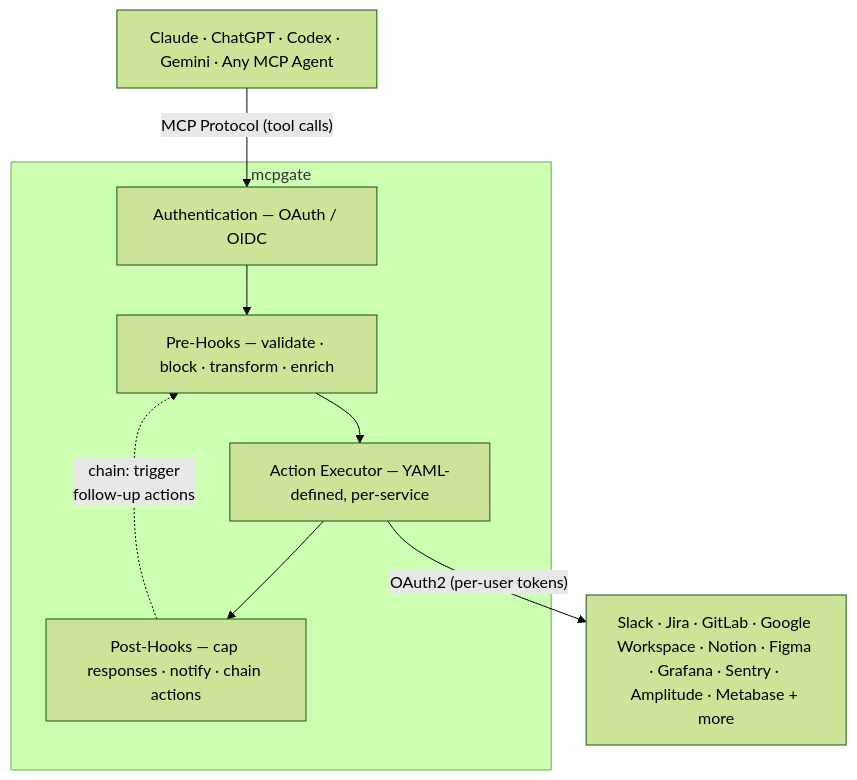
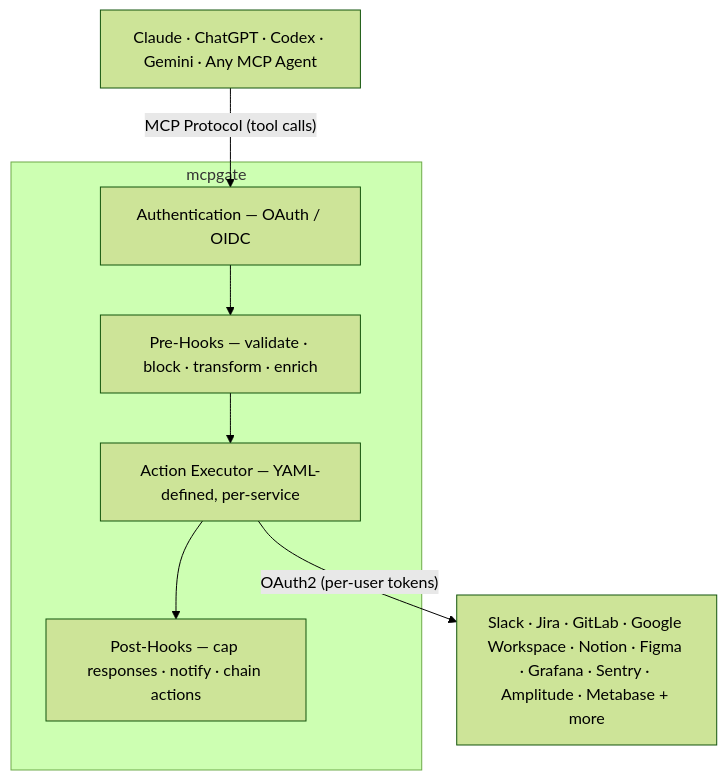
One commit to Mcpgate-de/mcpgate changed the diagram in README.md. Above: the diagram before and after it, drawn with Mermaid (forest theme).

Commit message:
Simplify diagram: remove chaining arrow, explain in text instead

````diff
--- a/README.md
+++ b/README.md
@@ -56,21 +56,19 @@
 ```mermaid
 flowchart TB
     AI["Claude · ChatGPT · Codex · Gemini · Any MCP Agent"]
     
     AI -- "MCP Protocol (tool calls)" --> Auth
 
     subgraph GW["mcpgate"]
         Auth["Authentication — OAuth / OIDC"]
         Pre["Pre-Hooks — validate · block · transform · enrich"]
         Exec["Action Executor — YAML-defined, per-service"]
         Post["Post-Hooks — cap responses · notify · chain actions"]
 
         Auth --> Pre --> Exec --> Post
-        Post -. "chain: trigger
-        follow-up actions" .-> Pre
     end
 
     Exec -- "OAuth2 (per-user tokens)" --> Services
 
     Services["Slack · Jira · GitLab · Google Workspace · Notion · Figma · Grafana · Sentry · Amplitude · Metabase + more"]
 ```
````
